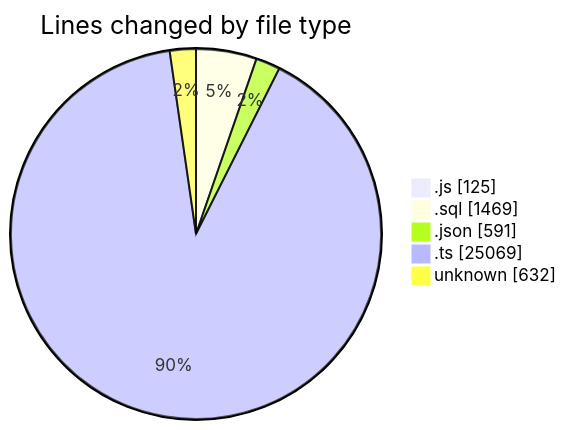
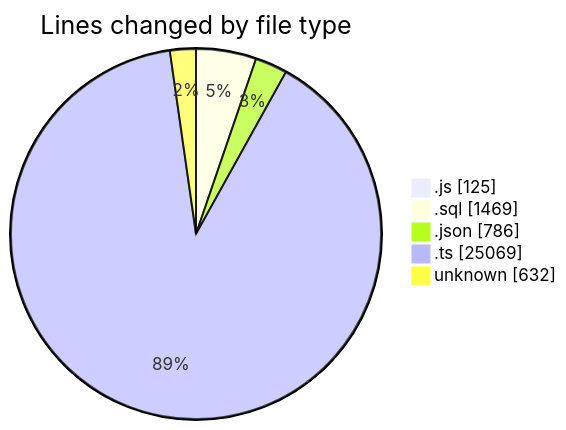
One commit to momahboobian/code-tracking changed the first of 2 diagrams in 2026-05-20/cda/README.md. Above: the diagram before and after it, drawn with Mermaid. The commit also changed other lines of this file and 1 other file, not shown here.

````diff
--- a/2026-05-20/cda/README.md
+++ b/2026-05-20/cda/README.md
@@ -40,9 +40,9 @@
 ```mermaid
 pie showData
 title Lines changed by file type
 ".js" : 125
 ".sql" : 1469
-".json" : 591
+".json" : 786
 ".ts" : 25069
 "unknown" : 632
 ```
````
